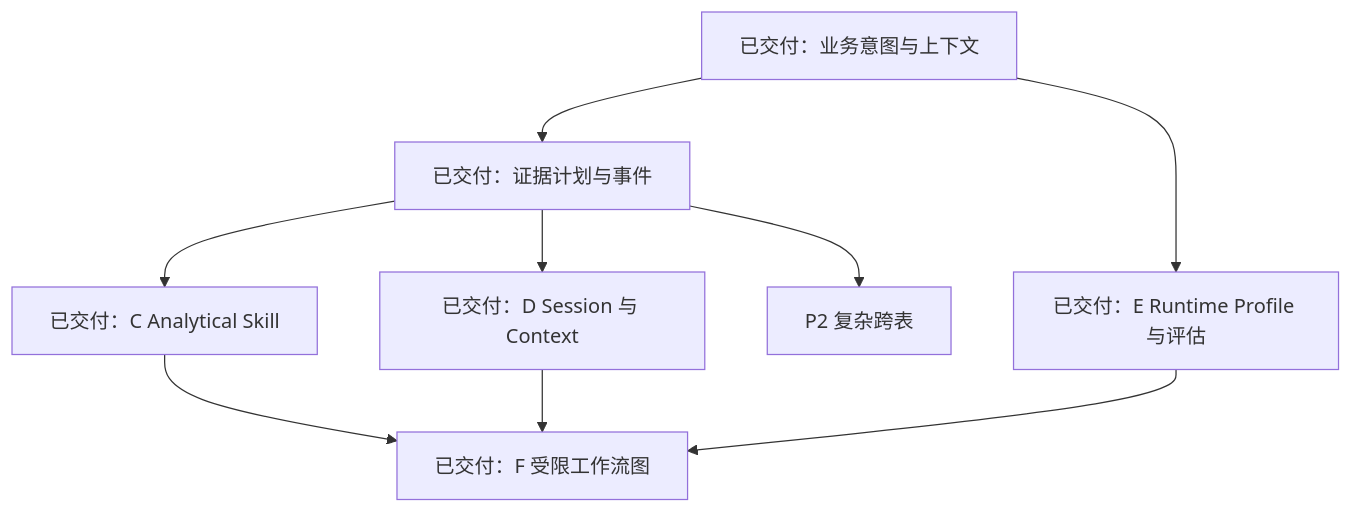
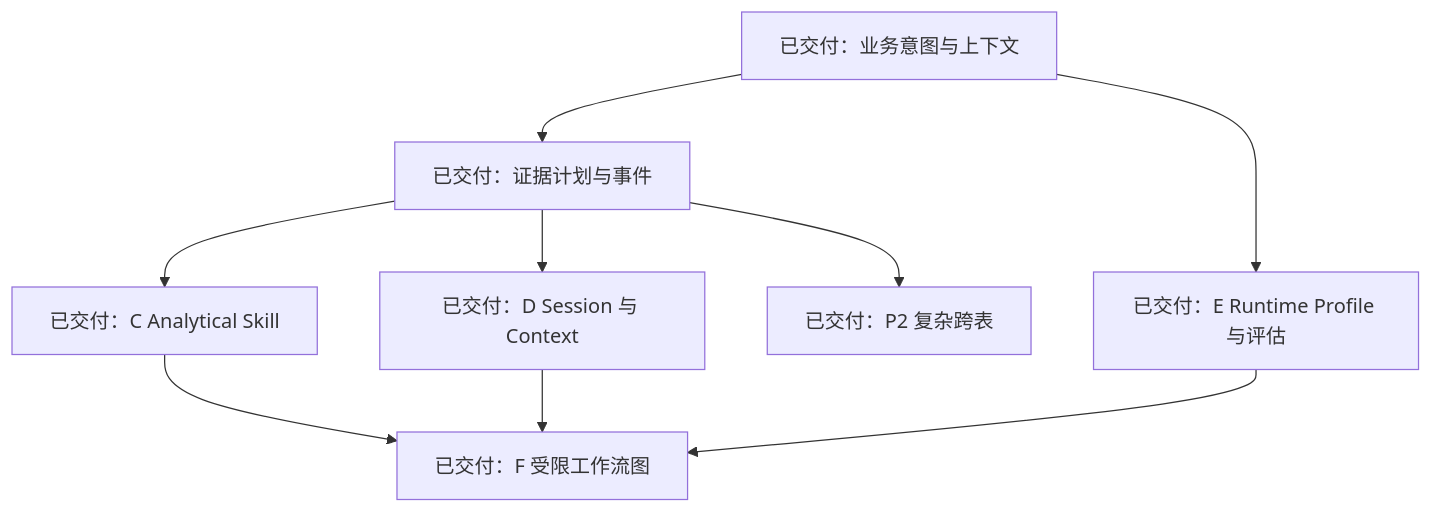
The second of 2 diagrams in docs/development-roadmap.md (LeoSasion/ontology-frontend-framework-type-c), drawn with Mermaid before and after one commit. The commit also changed other lines of this file and 71 other files, not shown here.

````diff
--- a/docs/development-roadmap.md
+++ b/docs/development-roadmap.md
@@ -150,11 +141,11 @@
 ```mermaid
 flowchart TD
   A["已交付：业务意图与上下文"] --> B["已交付：证据计划与事件"]
   B --> C["已交付：C Analytical Skill"]
   B --> D["已交付：D Session 与 Context"]
   A --> E["已交付：E Runtime Profile 与评估"]
   C --> F["已交付：F 受限工作流图"]
   D --> F
   E --> F
-  B --> X["P2 复杂跨表"]
+  B --> X["已交付：P2 复杂跨表"]
 ```
````
